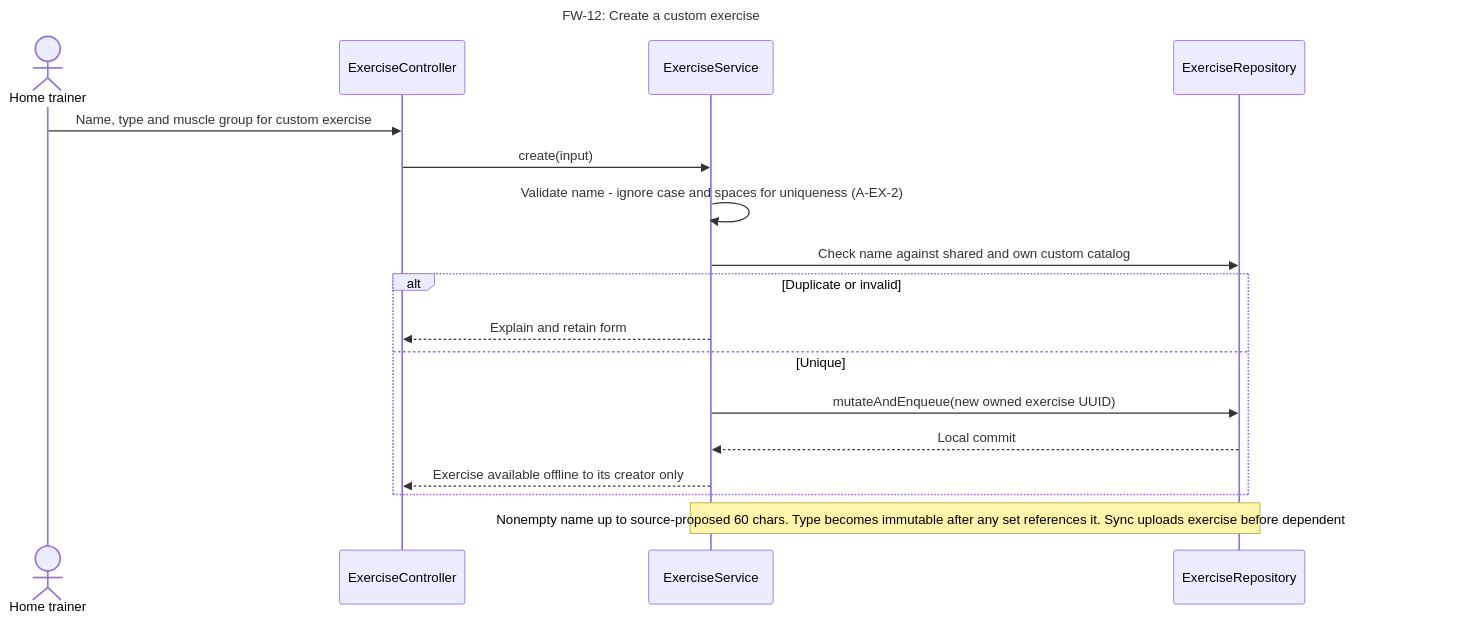
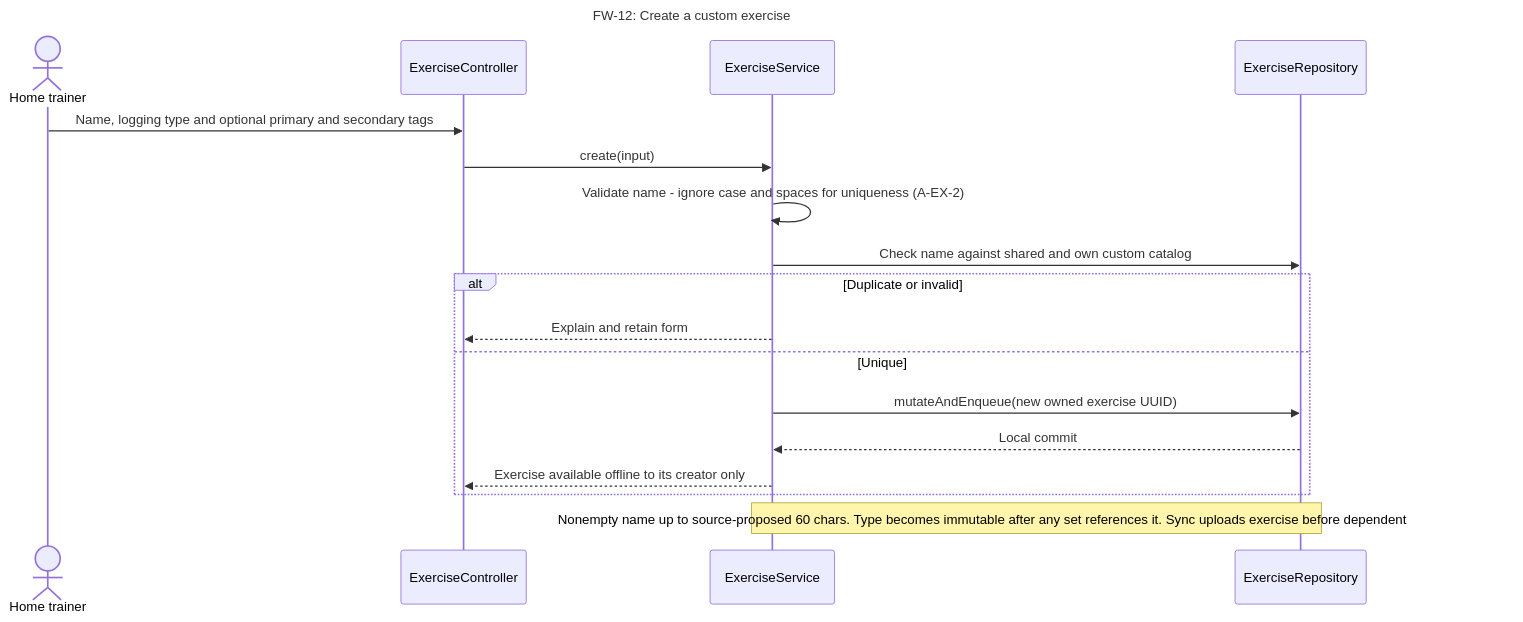
One commit to SebasLopez2005/SWEProject1 changed diagram 24 of 50 in docs/part2/design/README.md. Above: the diagram before and after it, drawn with Mermaid. The commit also changed other lines of this file and 47 other files, not shown here.

````diff
--- a/docs/part2/design/README.md
+++ b/docs/part2/design/README.md
@@ -1311,20 +1635,20 @@
 ```mermaid
 sequenceDiagram
     title FW-12: Create a custom exercise
     actor U as Home trainer
     participant C as ExerciseController
     participant S as ExerciseService
     participant R as ExerciseRepository
-    U->>C: Name, type and muscle group for custom exercise
+    U->>C: Name, logging type and optional primary and secondary tags
     C->>S: create(input)
     S->>S: Validate name -  ignore case and spaces for uniqueness (A-EX-2)
     S->>R: Check name against shared and own custom catalog
     alt Duplicate or invalid
      S-->>C: Explain and retain form
     else Unique
      S->>R: mutateAndEnqueue(new owned exercise UUID)
      R-->>S: Local commit
      S-->>C: Exercise available offline to its creator only
     end
     Note over S,R: Nonempty name up to source-proposed 60 chars. Type becomes immutable after any set references it. Sync uploads exercise before dependent workout/template.
 ```
````
